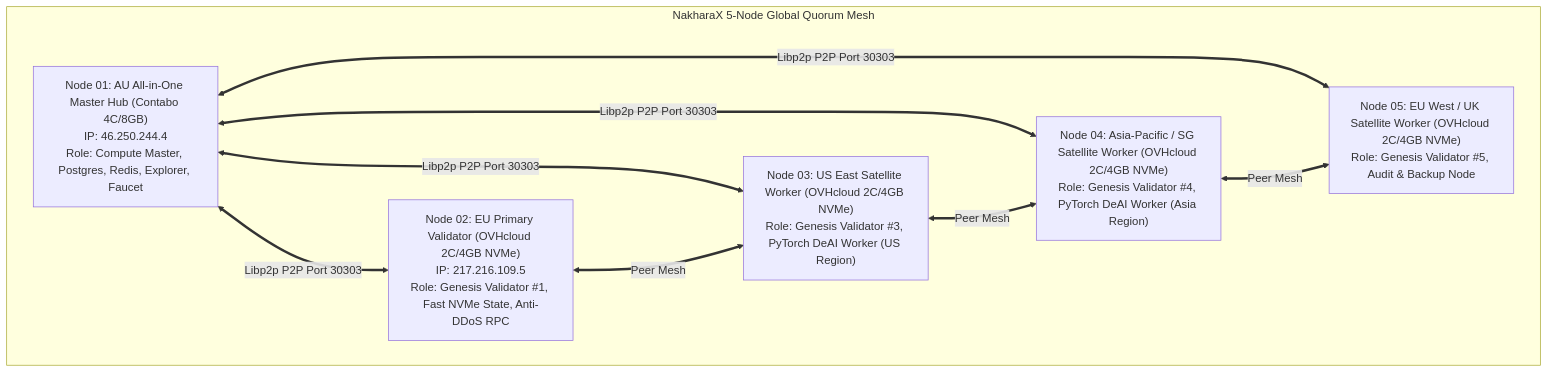
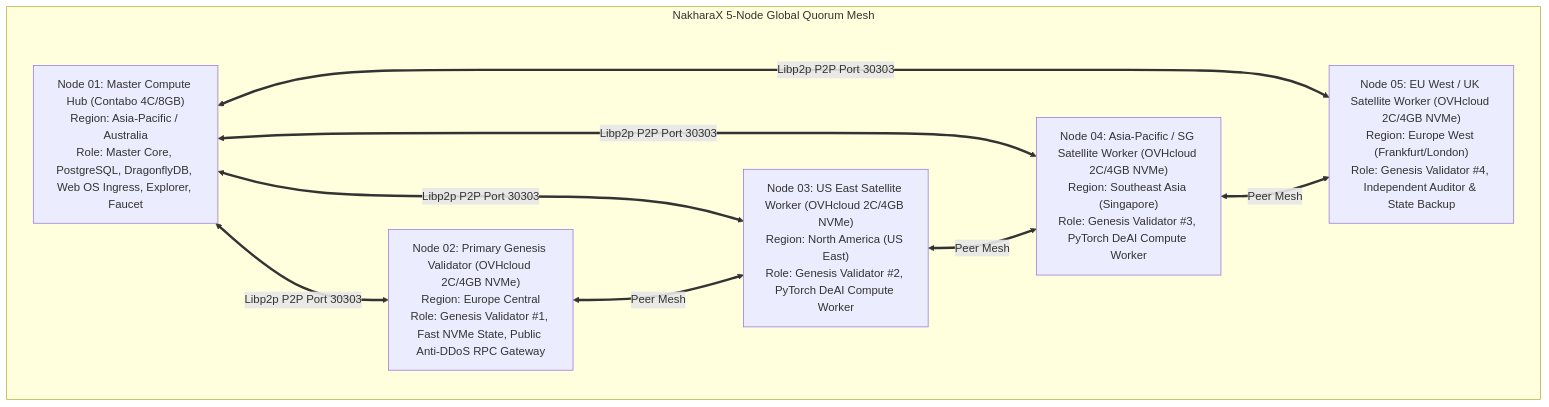
One commit to axionaxprotocol/nakharax changed the diagram in plans/vps_deployment_plan.md. Above: the diagram before and after it, drawn with Mermaid. The commit also changed other lines of this file and 53 other files, not shown here.

Commit message:
feat(core): testnet smart contract suite, DeAI worker daemon & UI mesh upgrades

````diff
--- a/plans/vps_deployment_plan.md
+++ b/plans/vps_deployment_plan.md
@@ -13,18 +13,18 @@
 ```mermaid
 flowchart TB
     subgraph Mesh_Topology [NakharaX 5-Node Global Quorum Mesh]
-        N1["Node 01: AU All-in-One Master Hub (Contabo 4C/8GB)\nIP: 46.250.244.4\nRole: Compute Master, Postgres, Redis, Explorer, Faucet"]
-        N2["Node 02: EU Primary Validator (OVHcloud 2C/4GB NVMe)\nIP: 217.216.109.5\nRole: Genesis Validator #1, Fast NVMe State, Anti-DDoS RPC"]
-        N3["Node 03: US East Satellite Worker (OVHcloud 2C/4GB NVMe)\nRole: Genesis Validator #3, PyTorch DeAI Worker (US Region)"]
-        N4["Node 04: Asia-Pacific / SG Satellite Worker (OVHcloud 2C/4GB NVMe)\nRole: Genesis Validator #4, PyTorch DeAI Worker (Asia Region)"]
-        N5["Node 05: EU West / UK Satellite Worker (OVHcloud 2C/4GB NVMe)\nRole: Genesis Validator #5, Audit & Backup Node"]
+        N1["Node 01: Master Compute Hub (Contabo 4C/8GB)\nRegion: Asia-Pacific / Australia\nRole: Master Core, PostgreSQL, DragonflyDB, Web OS Ingress, Explorer, Faucet"]
+        N2["Node 02: Primary Genesis Validator (OVHcloud 2C/4GB NVMe)\nRegion: Europe Central\nRole: Genesis Validator #1, Fast NVMe State, Public Anti-DDoS RPC Gateway"]
+        N3["Node 03: US East Satellite Worker (OVHcloud 2C/4GB NVMe)\nRegion: North America (US East)\nRole: Genesis Validator #2, PyTorch DeAI Compute Worker"]
+        N4["Node 04: Asia-Pacific / SG Satellite Worker (OVHcloud 2C/4GB NVMe)\nRegion: Southeast Asia (Singapore)\nRole: Genesis Validator #3, PyTorch DeAI Compute Worker"]
+        N5["Node 05: EU West / UK Satellite Worker (OVHcloud 2C/4GB NVMe)\nRegion: Europe West (Frankfurt/London)\nRole: Genesis Validator #4, Independent Auditor & State Backup"]
     end
 
     N1 <==>|Libp2p P2P Port 30303| N2
     N1 <==>|Libp2p P2P Port 30303| N3
     N1 <==>|Libp2p P2P Port 30303| N4
     N1 <==>|Libp2p P2P Port 30303| N5
     N2 <==>|Peer Mesh| N3
     N3 <==>|Peer Mesh| N4
     N4 <==>|Peer Mesh| N5
 ```
````
